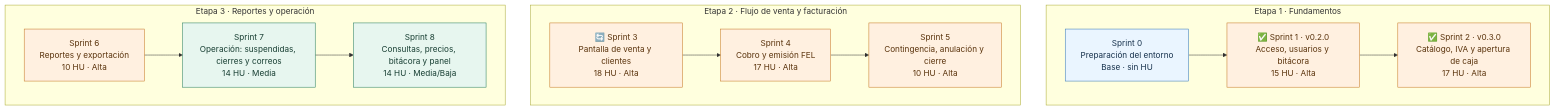
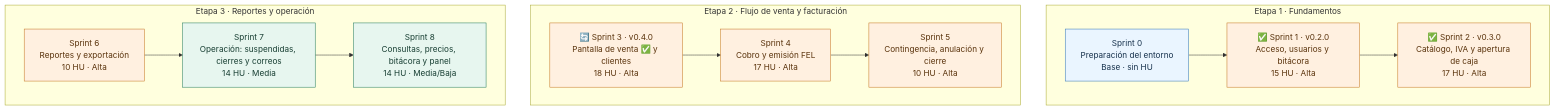
One commit to Sergio-Dominguez05/pos-supermercado changed the third of 3 diagrams in README.md. Above: the diagram before and after it, drawn with Mermaid. The commit also changed other lines of this file, not shown here.

````diff
--- a/README.md
+++ b/README.md
@@ -158,24 +159,24 @@
 ```mermaid
 flowchart TB
     subgraph BASE["Etapa 1 · Fundamentos"]
         direction LR
         S0["Sprint 0<br/>Preparación del entorno<br/>Base · sin HU"] --> S1["✅ Sprint 1 · v0.2.0<br/>Acceso, usuarios y bitácora<br/>15 HU · Alta"] --> S2["✅ Sprint 2 · v0.3.0<br/>Catálogo, IVA y apertura de caja<br/>17 HU · Alta"]
     end
 
     subgraph NUCLEO["Etapa 2 · Flujo de venta y facturación"]
         direction LR
-        S3["🔄 Sprint 3<br/>Pantalla de venta y clientes<br/>18 HU · Alta"] --> S4["Sprint 4<br/>Cobro y emisión FEL<br/>17 HU · Alta"] --> S5["Sprint 5<br/>Contingencia, anulación y cierre<br/>10 HU · Alta"]
+        S3["🔄 Sprint 3 · v0.4.0<br/>Pantalla de venta ✅ y clientes<br/>18 HU · Alta"] --> S4["Sprint 4<br/>Cobro y emisión FEL<br/>17 HU · Alta"] --> S5["Sprint 5<br/>Contingencia, anulación y cierre<br/>10 HU · Alta"]
     end
 
     subgraph MEJORAS["Etapa 3 · Reportes y operación"]
         direction LR
         S6["Sprint 6<br/>Reportes y exportación<br/>10 HU · Alta"] --> S7["Sprint 7<br/>Operación: suspendidas, cierres y correos<br/>14 HU · Media"] --> S8["Sprint 8<br/>Consultas, precios, bitácora y panel<br/>14 HU · Media/Baja"]
     end
 
     classDef base fill:#eaf5ff,stroke:#3275b3,color:#17324d;
     classDef alta fill:#fff0e0,stroke:#c47420,color:#5a330c;
     classDef media fill:#e7f6ef,stroke:#21795d,color:#173e32;
     class S0 base;
     class S1,S2,S3,S4,S5,S6 alta;
     class S7,S8 media;
 ```
````
